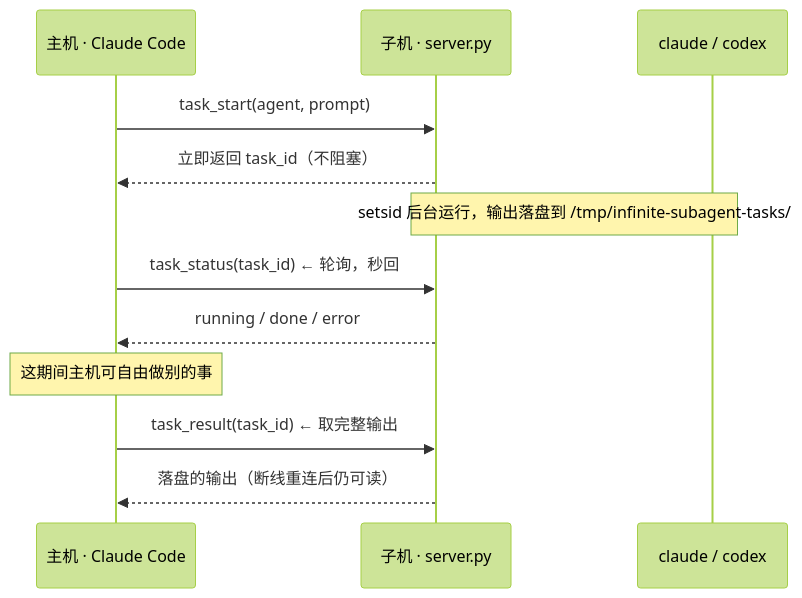
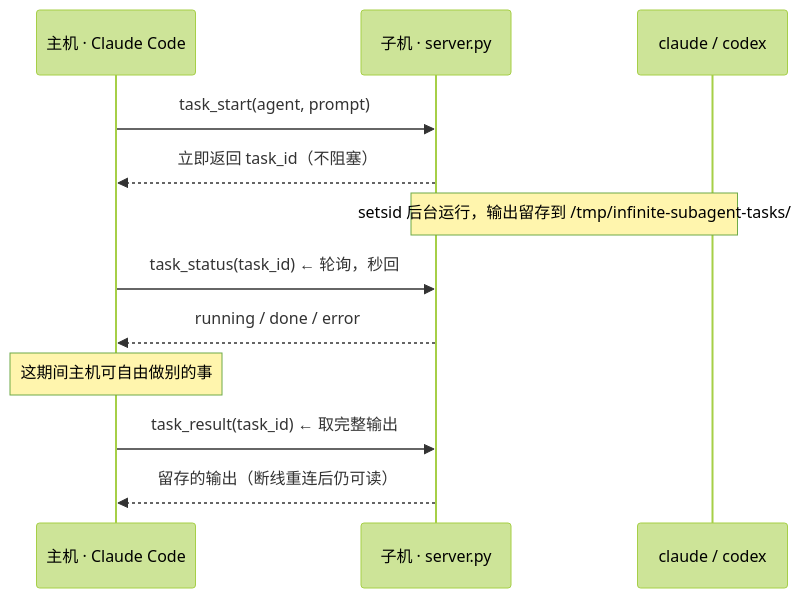
Before and after one commit to hashiruu/infinite-subagent: the sixth of 6 diagrams in README.md, drawn with Mermaid (forest theme). The commit also changed other lines of this file and 1 other file, not shown here.

````diff
--- a/README.md
+++ b/README.md
@@ -239,14 +254,14 @@
 ```mermaid
 sequenceDiagram
   participant CC as 主机 · Claude Code
   participant SRV as 子机 · server.py
   participant AI as claude / codex
   CC->>SRV: task_start(agent, prompt)
   SRV-->>CC: 立即返回 task_id（不阻塞）
-  Note over SRV,AI: setsid 后台运行，输出落盘到 /tmp/infinite-subagent-tasks/
+  Note over SRV,AI: setsid 后台运行，输出留存到 /tmp/infinite-subagent-tasks/
   CC->>SRV: task_status(task_id) ← 轮询，秒回
   SRV-->>CC: running / done / error
   Note over CC: 这期间主机可自由做别的事
   CC->>SRV: task_result(task_id) ← 取完整输出
-  SRV-->>CC: 落盘的输出（断线重连后仍可读）
+  SRV-->>CC: 留存的输出（断线重连后仍可读）
 ```
````
